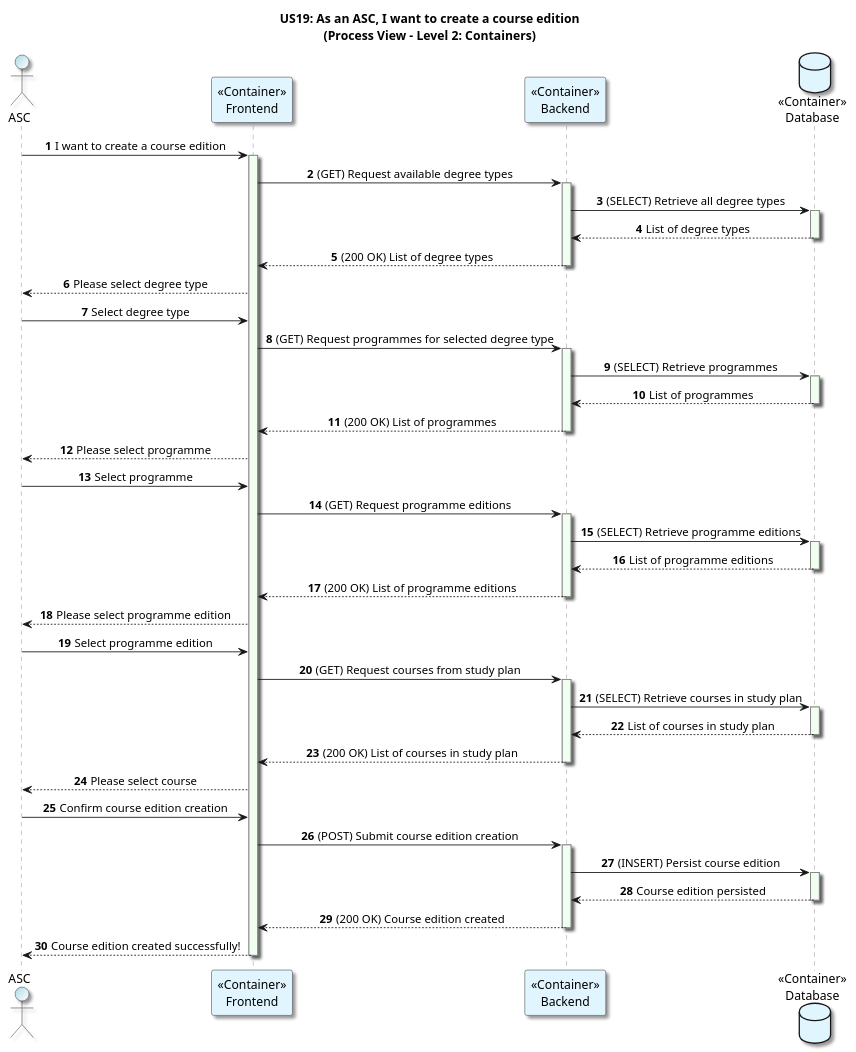
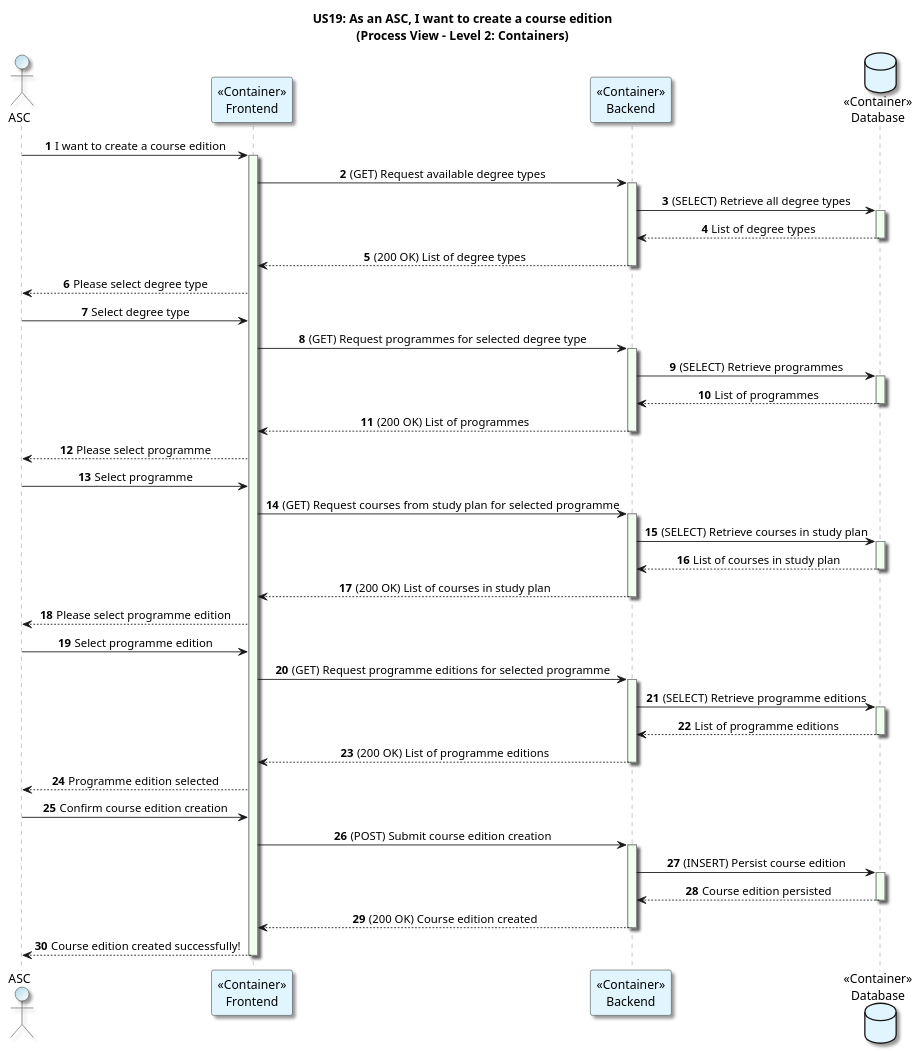
Before and after one commit to GasparISEP/DevOps-PAI: the diagram in docs/US19/Sprint6_RestAPI/ProcessView/CreateCourseEdition_Level2.puml, drawn with PlantUML.

Commit message:
[docs] Refine descriptions in createCourseEdition level 2 process view diagram (Refs: #536, #549)

```diff
--- a/docs/US19/Sprint6_RestAPI/ProcessView/CreateCourseEdition_Level2.puml
+++ b/docs/US19/Sprint6_RestAPI/ProcessView/CreateCourseEdition_Level2.puml
@@ -1,83 +1,84 @@
 @startuml
 title: US19: As an ASC, I want to create a course edition\n(Process View - Level 2: Containers)
 autonumber
 
 skinparam {
   ActivityPadding 2
   ActivityMargin 2
   BoxPadding 2
 }
 skinparam sequence {
     LifeLineBorderColor Grey
     LifeLineBackgroundColor HoneyDew
 }
 skinparam defaultTextAlignment center
 skinparam shadowing true
 
 actor ASC  #LightBlue/White
 participant "<<Container>>\nFrontend" as Frontend #E1F5FE
 participant "<<Container>>\nBackend" as Backend #E1F5FE
 database "<<Container>>\nDatabase" as Database #E1F5FE
 
 ASC -> Frontend: I want to create a course edition
 activate Frontend
 
 Frontend -> Backend: (GET) Request available degree types
 activate Backend
 Backend -> Database: (SELECT) Retrieve all degree types
 activate Database
 Database --> Backend: List of degree types
 deactivate Database
 Backend --> Frontend: (200 OK) List of degree types
 deactivate Backend
 Frontend --> ASC: Please select degree type
 
 ASC -> Frontend: Select degree type
 Frontend -> Backend: (GET) Request programmes for selected degree type
 activate Backend
 Backend -> Database: (SELECT) Retrieve programmes
 activate Database
 Database --> Backend: List of programmes
 deactivate Database
 Backend --> Frontend: (200 OK) List of programmes
 deactivate Backend
 Frontend --> ASC: Please select programme
 
 ASC -> Frontend: Select programme
-Frontend -> Backend: (GET) Request programme editions
+Frontend -> Backend: (GET) Request courses from study plan for selected programme
+activate Backend
+Backend -> Database: (SELECT) Retrieve courses in study plan
+activate Database
+Database --> Backend: List of courses in study plan
+deactivate Database
+Backend --> Frontend: (200 OK) List of courses in study plan
+deactivate Backend
+Frontend --> ASC: Please select programme edition
+
+ASC -> Frontend: Select programme edition
+Frontend -> Backend: (GET) Request programme editions for selected programme
 activate Backend
 Backend -> Database: (SELECT) Retrieve programme editions
 activate Database
 Database --> Backend: List of programme editions
 deactivate Database
 Backend --> Frontend: (200 OK) List of programme editions
 deactivate Backend
-Frontend --> ASC: Please select programme edition
+Frontend --> ASC: Programme edition selected
 
-ASC -> Frontend: Select programme edition
-Frontend -> Backend: (GET) Request courses from study plan
-activate Backend
-Backend -> Database: (SELECT) Retrieve courses in study plan
-activate Database
-Database --> Backend: List of courses in study plan
-deactivate Database
-Backend --> Frontend: (200 OK) List of courses in study plan
-deactivate Backend
-Frontend --> ASC: Please select course
 
 ASC -> Frontend: Confirm course edition creation
 Frontend -> Backend: (POST) Submit course edition creation
 activate Backend
   'Applies business rules:
 
 
 Backend -> Database: (INSERT) Persist course edition
 activate Database
 Database --> Backend: Course edition persisted
 deactivate Database
 
 Backend --> Frontend: (200 OK) Course edition created
 deactivate Backend
 Frontend --> ASC: Course edition created successfully!
 deactivate Frontend
 @enduml
```
